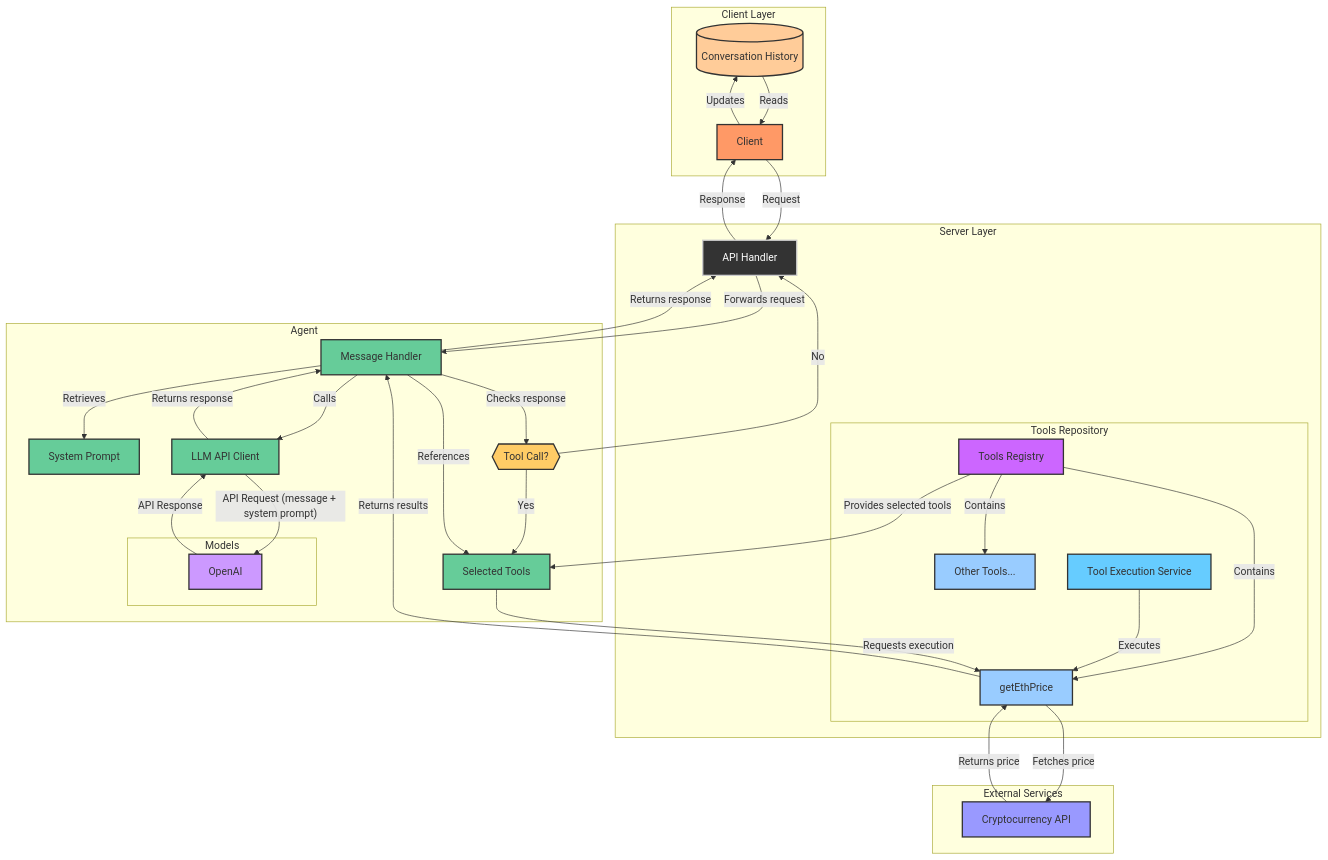
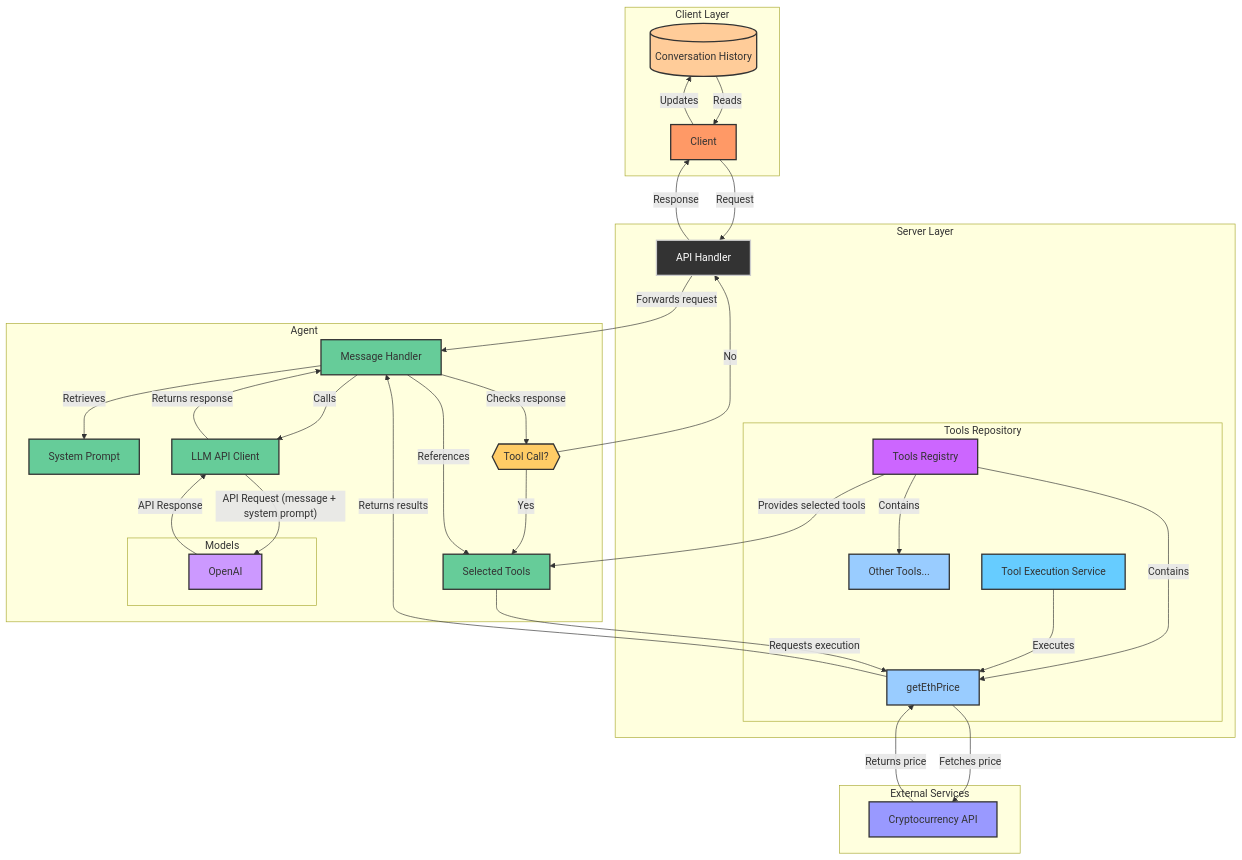
The diagram in server/lib/levels/flowcharts/level04.md (motechFR/ai-agents-demo), drawn with Mermaid before and after one commit.

Commit message:
Cleanup level 4

````diff
--- a/server/lib/levels/flowcharts/level04.md
+++ b/server/lib/levels/flowcharts/level04.md
@@ -1,82 +1,82 @@
 ```mermaid
 graph TD
     subgraph Client Layer
         ConversationHistory[("Conversation History")]
         Client
         Client -- "Updates" --> ConversationHistory
         ConversationHistory -- "Reads" --> Client
     end
 
     subgraph Server Layer
         APIHandler["API Handler"]
         
         subgraph Tools Repository
             ToolsRegistry["Tools Registry"]
             GetEthPrice["getEthPrice"]
             OtherTools["Other Tools..."]
             ToolExecutionService["Tool Execution Service"]
             
             ToolsRegistry -- "Contains" --> GetEthPrice
             ToolsRegistry -- "Contains" --> OtherTools
             ToolExecutionService -- "Executes" --> GetEthPrice
         end
     end
     
     subgraph Agent
         MessageHandler["Message Handler"]
         SystemPrompt["System Prompt"]
         LLMClient["LLM API Client"]
         SelectedTools["Selected Tools"]
         ToolCallTest{{"Tool Call?"}}
         
         subgraph Models
             OpenAI["OpenAI"]
         end
         
         MessageHandler -- "Retrieves" --> SystemPrompt
         MessageHandler -- "Calls" --> LLMClient
         LLMClient -- "API Request (message + system prompt)" --> OpenAI
         OpenAI -- "API Response" --> LLMClient
         LLMClient -- "Returns response" --> MessageHandler
         MessageHandler -- "Checks response" --> ToolCallTest
         ToolCallTest -- "Yes" --> SelectedTools
         ToolCallTest -- "No" --> APIHandler
         MessageHandler -- "References" --> SelectedTools
         SelectedTools -- "Requests execution" --> GetEthPrice
         GetEthPrice -- "Returns results" --> MessageHandler
     end
 
     Client -- "Request" --> APIHandler
     APIHandler -- "Forwards request" --> MessageHandler
-    MessageHandler -- "Returns response" --> APIHandler
     APIHandler -- "Response" --> Client
     ToolsRegistry -- "Provides selected tools" --> SelectedTools
 
     subgraph External Services
         CoinAPI["Cryptocurrency API"]
         GetEthPrice -- "Fetches price" --> CoinAPI
         CoinAPI -- "Returns price" --> GetEthPrice
     end
 
     classDef clientStyle fill:#f96,stroke:#333,stroke-width:2px;
     classDef serverStyle fill:#333,stroke:#ccc,stroke-width:2px,color:#fff;
     classDef externalStyle fill:#99f,stroke:#333,stroke-width:2px;
     classDef historyStyle fill:#fc9,stroke:#333,stroke-width:2px;
     classDef agentStyle fill:#6c9,stroke:#333,stroke-width:2px;
     classDef toolStyle fill:#9cf,stroke:#333,stroke-width:2px;
     classDef modelStyle fill:#c9f,stroke:#333,stroke-width:2px;
     classDef repositoryStyle fill:#c6f,stroke:#333,stroke-width:2px;
     classDef executionStyle fill:#6cf,stroke:#333,stroke-width:2px;
     classDef decisionStyle fill:#fc6,stroke:#333,stroke-width:2px;
 
+
     class Client clientStyle;
     class APIHandler serverStyle;
     class MessageHandler,SystemPrompt,LLMClient,SelectedTools agentStyle;
     class GetEthPrice,OtherTools toolStyle;
     class OpenAI modelStyle;
     class CoinAPI externalStyle;
     class ConversationHistory historyStyle;
     class ToolsRegistry repositoryStyle;
     class ToolExecutionService executionStyle;
     class ToolCallTest decisionStyle;
 ```
````
